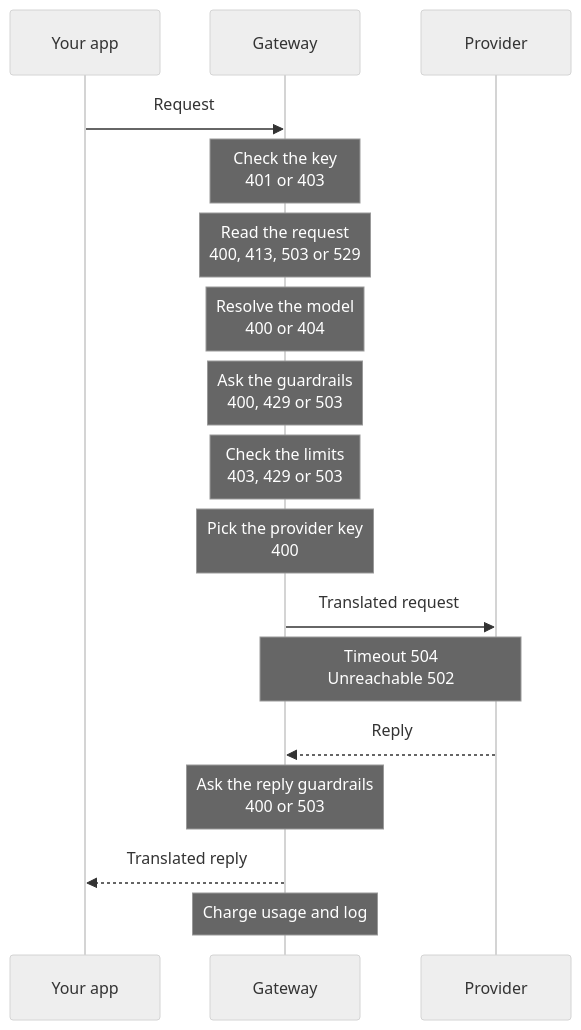
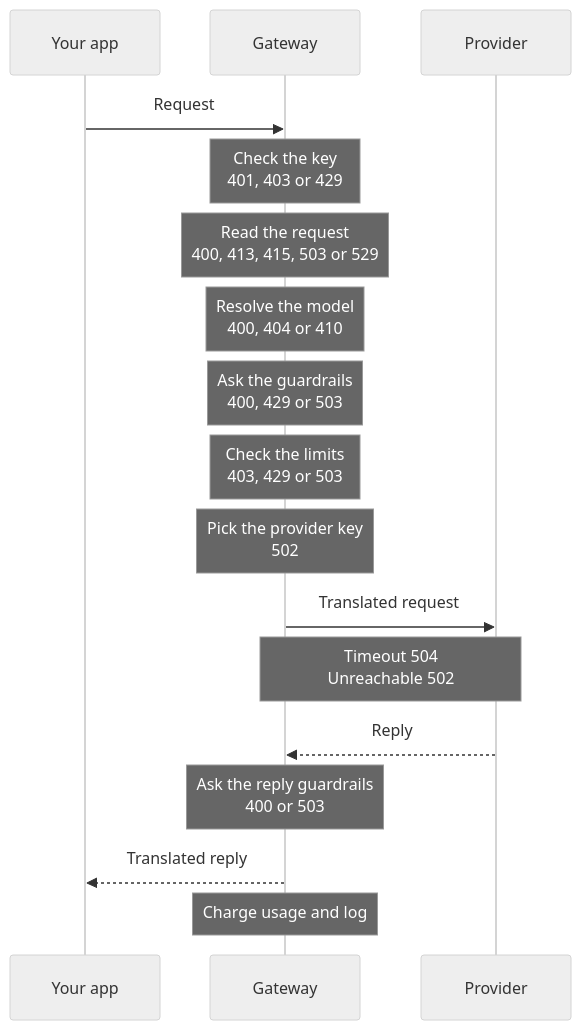
One commit to logicplanes/kaeso changed the diagram in apps/docs/content/en/concepts/request-flow.md. Above: the diagram before and after it, drawn with Mermaid (neutral theme). The commit also changed other lines of this file and 159 other files, not shown here.

````diff
--- a/apps/docs/content/en/concepts/request-flow.md
+++ b/apps/docs/content/en/concepts/request-flow.md
@@ -9,21 +9,21 @@
 ```mermaid
 sequenceDiagram
   accTitle: Request flow
   accDescr: The app sends a request to the gateway. The gateway checks the key, reads the request, resolves the model, asks the project's guardrails, checks the limits and picks the provider key, and each check can refuse the request with the statuses shown. It sends the translated request to the provider, asks the guardrails that check replies, returns the translated reply to the app, and then charges usage and logs the request.
   participant App as Your app
   participant Gateway
   participant Provider
   App->>Gateway: Request
-  Note over Gateway: Check the key<br>401 or 403
-  Note over Gateway: Read the request<br>400, 413, 503 or 529
-  Note over Gateway: Resolve the model<br>400 or 404
+  Note over Gateway: Check the key<br>401, 403 or 429
+  Note over Gateway: Read the request<br>400, 413, 415, 503 or 529
+  Note over Gateway: Resolve the model<br>400, 404 or 410
   Note over Gateway: Ask the guardrails<br>400, 429 or 503
   Note over Gateway: Check the limits<br>403, 429 or 503
-  Note over Gateway: Pick the provider key<br>400
+  Note over Gateway: Pick the provider key<br>502
   Gateway->>Provider: Translated request
   Note over Gateway,Provider: Timeout 504<br>Unreachable 502
   Provider-->>Gateway: Reply
   Note over Gateway: Ask the reply guardrails<br>400 or 503
   Gateway-->>App: Translated reply
   Note over Gateway: Charge usage and log
 ```
````
